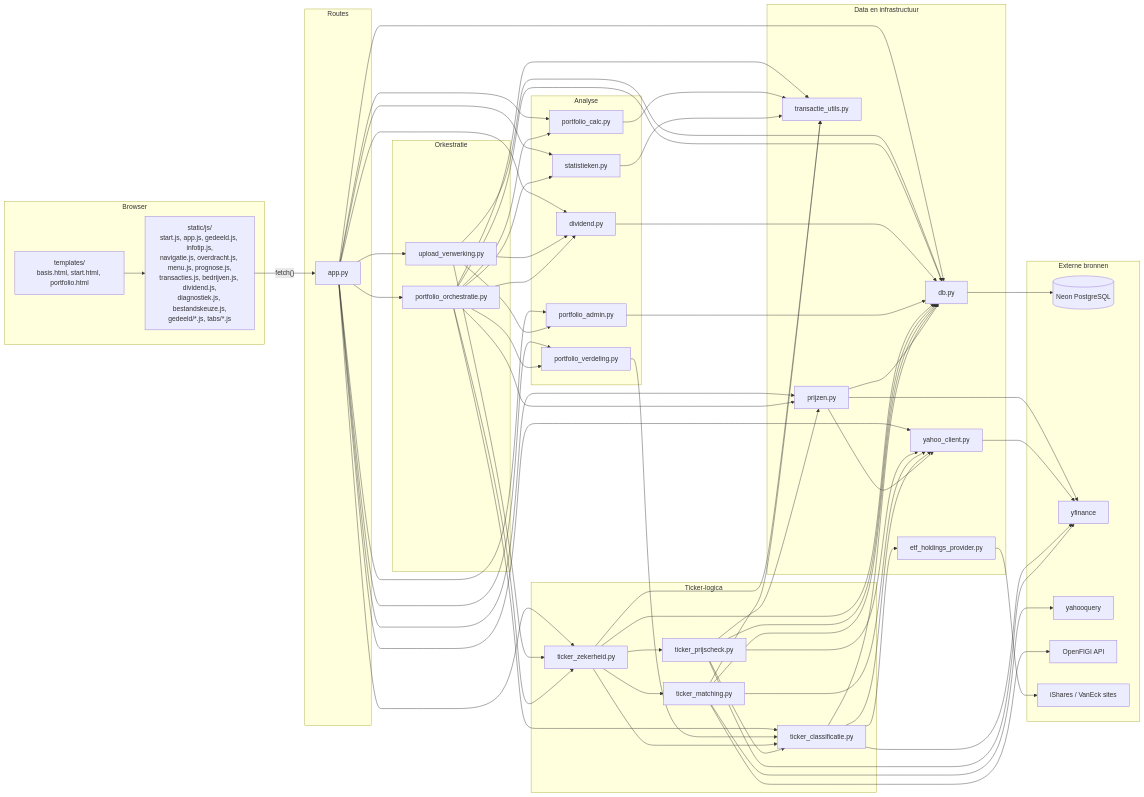
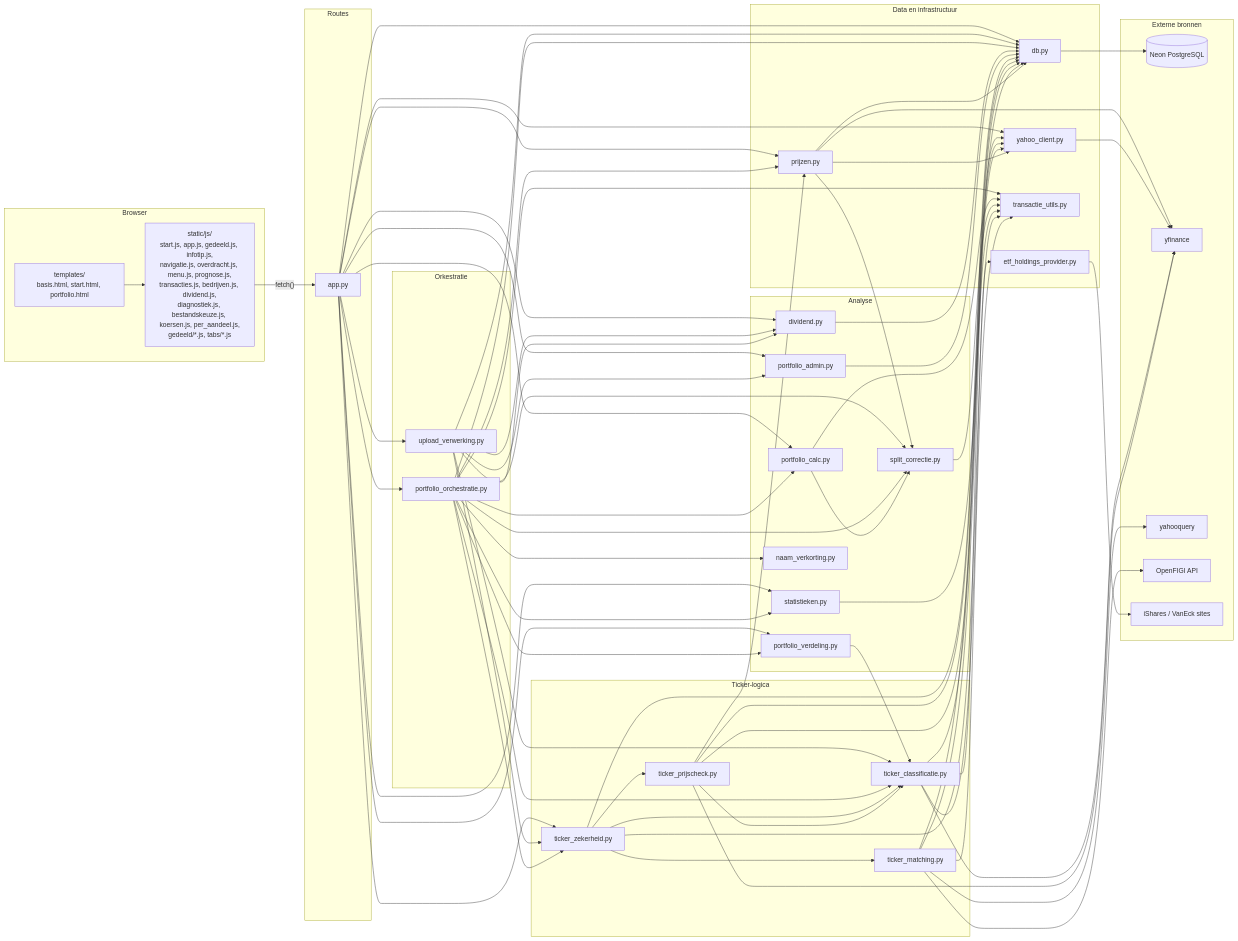
The first of 2 diagrams in docs/CODE_OVERZICHT.md (lobkest/portfolioTracker), drawn with Mermaid before and after one commit. The commit also changed other lines of this file and 12 other files, not shown here.

```diff
--- a/docs/CODE_OVERZICHT.md
+++ b/docs/CODE_OVERZICHT.md
@@ -62,7 +63,7 @@
 flowchart LR
     subgraph FE["Browser"]
         HTML["templates/<br/>basis.html, start.html, portfolio.html"]
-        JS["static/js/<br/>start.js, app.js, gedeeld.js, infotip.js,<br/>navigatie.js, overdracht.js, menu.js, prognose.js,<br/>transacties.js, bedrijven.js, dividend.js,<br/>diagnostiek.js, bestandskeuze.js,<br/>gedeeld/*.js, tabs/*.js"]
+        JS["static/js/<br/>start.js, app.js, gedeeld.js, infotip.js,<br/>navigatie.js, overdracht.js, menu.js, prognose.js,<br/>transacties.js, bedrijven.js, dividend.js,<br/>diagnostiek.js, bestandskeuze.js, koersen.js, per_aandeel.js,<br/>gedeeld/*.js, tabs/*.js"]
     end
 
     subgraph ROUTES["Routes"]
@@ -80,6 +81,8 @@
         VERD["portfolio_verdeling.py"]
         DIV["dividend.py"]
         ADM["portfolio_admin.py"]
+        SPLIT["split_correctie.py"]
+        NAAM["naam_verkorting.py"]
     end
 
     subgraph TICK["Ticker-logica"]
@@ -123,6 +126,8 @@
     UPL --> ZEK
     UPL --> ADM
     UPL --> DIV
+    UPL --> SPLIT
+    UPL --> CLASS
     UPL --> DB
 
     ORC --> CALC
@@ -132,10 +137,14 @@
     ORC --> ZEK
     ORC --> CLASS
     ORC --> PRIJ
+    ORC --> SPLIT
+    ORC --> NAAM
     ORC --> UTIL
     ORC --> DB
 
+    CALC --> SPLIT
     CALC --> UTIL
+    SPLIT --> UTIL
     STAT --> UTIL
     VERD --> CLASS
     DIV --> DB
@@ -157,6 +166,7 @@
     CLASS --> YC
     CLASS --> DB
     PRIJ --> YC
+    PRIJ --> SPLIT
     PRIJ --> DB
 
     DB --> NEON
```
